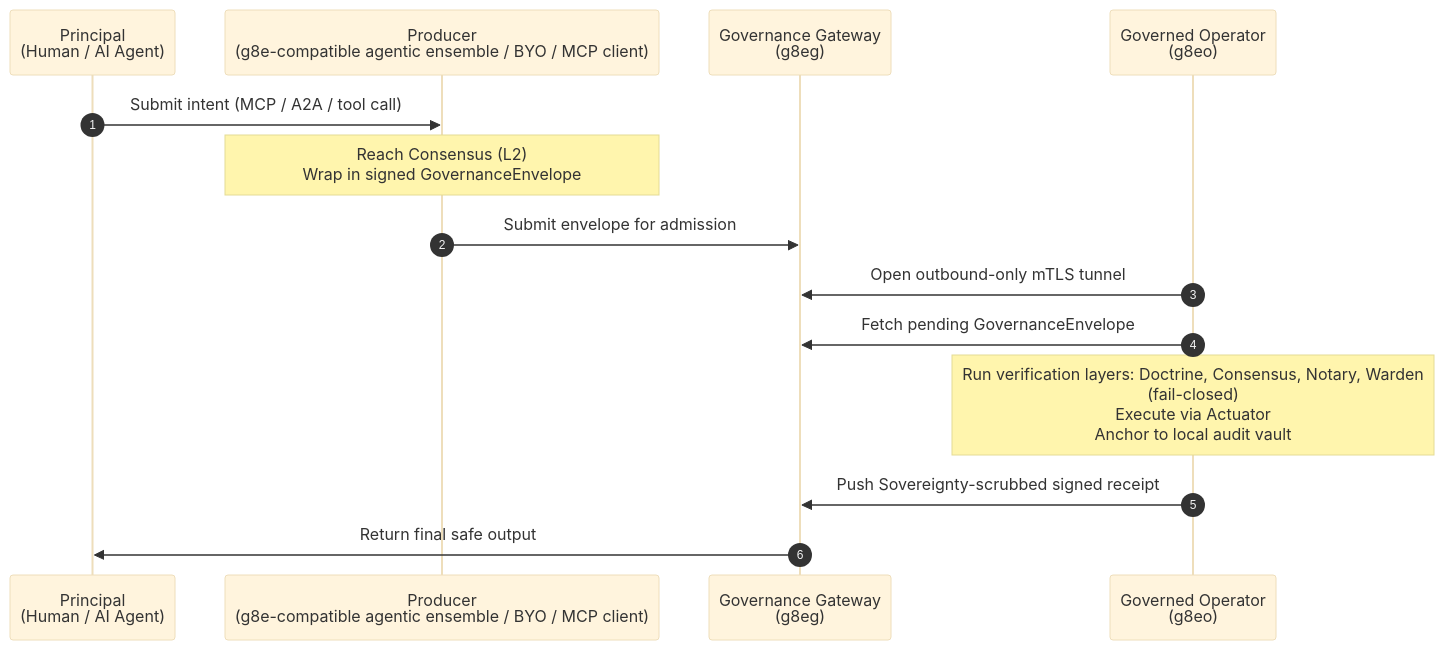
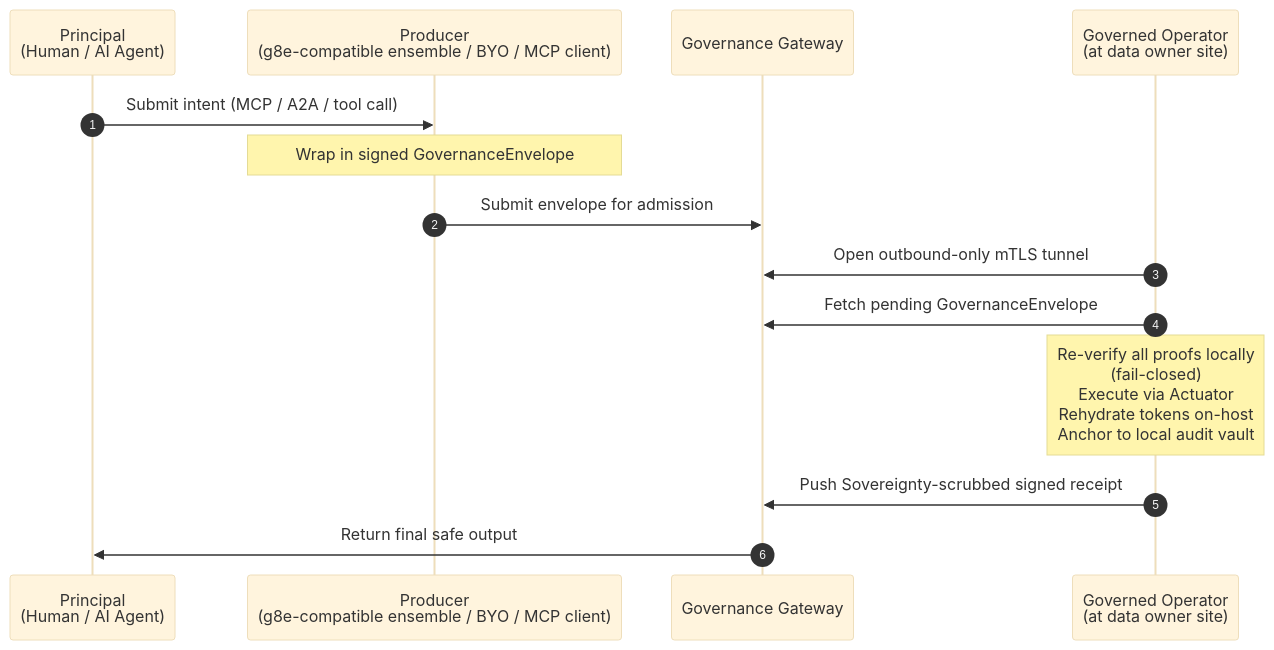
Before and after one commit to g8e-ai/g8e: the third of 4 diagrams in README.md, drawn with Mermaid (base theme). The commit also changed other lines of this file and 71 other files, not shown here.

First line of the commit message:
v1.3.2 - Data Governance Demo Improvements (#175)

````diff
--- a/README.md
+++ b/README.md
@@ -95,20 +121,20 @@
 ```mermaid
 sequenceDiagram
     autonumber
     participant Principal as Principal<br/>(Human / AI Agent)
-    participant Ensemble as Producer<br/>(g8e-compatible agentic ensemble / BYO / MCP client)
-    participant Gateway as Governance Gateway<br/>(g8eg)
-    participant Operator as Governed Operator<br/>(g8eo)
+    participant Ensemble as Producer<br/>(g8e-compatible ensemble / BYO / MCP client)
+    participant Gateway as Governance Gateway
+    participant Operator as Governed Operator<br/>(at data owner site)
 
     Principal->>Ensemble: Submit intent (MCP / A2A / tool call)
-    Note over Ensemble: Reach Consensus (L2)<br/>Wrap in signed GovernanceEnvelope
+    Note over Ensemble: Wrap in signed GovernanceEnvelope
     Ensemble->>Gateway: Submit envelope for admission
 
     Operator->>Gateway: Open outbound-only mTLS tunnel
     Operator->>Gateway: Fetch pending GovernanceEnvelope
 
-    Note over Operator: Run verification layers: Doctrine, Consensus, Notary, Warden<br/>(fail-closed)<br/>Execute via Actuator<br/>Anchor to local audit vault
+    Note over Operator: Re-verify all proofs locally<br/>(fail-closed)<br/>Execute via Actuator<br/>Rehydrate tokens on-host<br/>Anchor to local audit vault
 
     Operator->>Gateway: Push Sovereignty-scrubbed signed receipt
     Gateway->>Principal: Return final safe output
 ```
````
